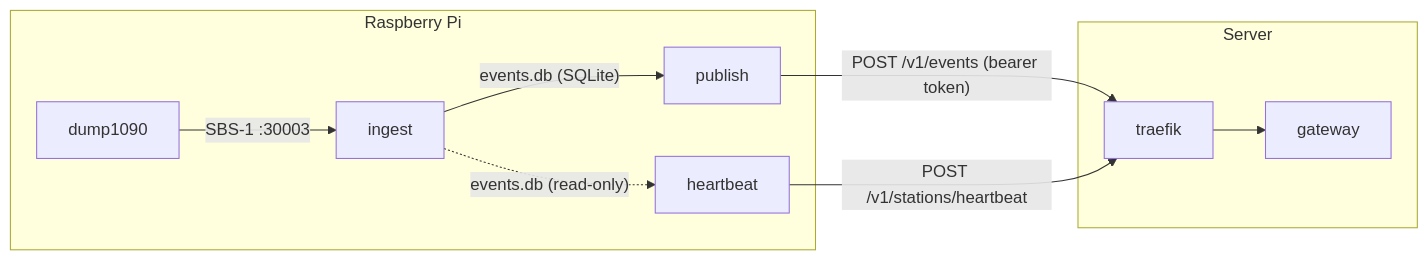
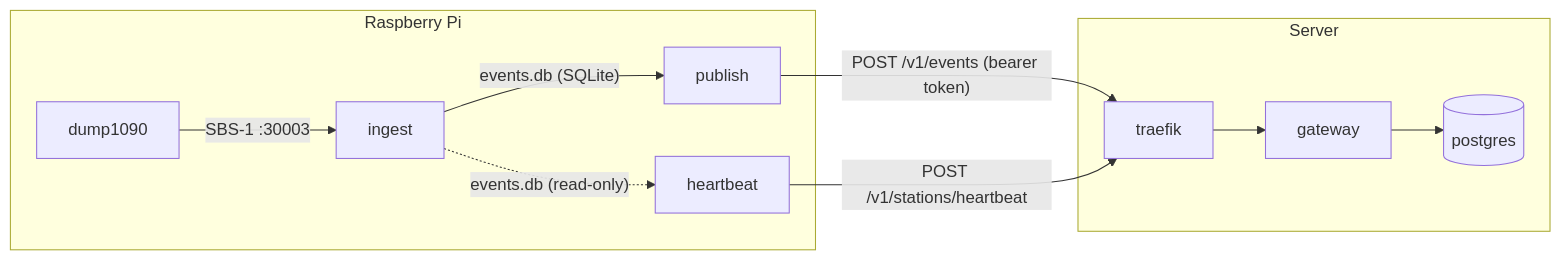
Before and after one commit to matthew-vance/listening-post: the diagram in README.md, drawn with Mermaid. The commit also changed other lines of this file and 6 other files, not shown here.

````diff
--- a/README.md
+++ b/README.md
@@ -7,13 +7,14 @@
 ```mermaid
 flowchart LR
     subgraph pi [Raspberry Pi]
         dump1090 -- "SBS-1 :30003" --> ingest
         ingest -- "events.db (SQLite)" --> publish
         ingest -. "events.db (read-only)" .-> heartbeat
     end
     subgraph server [Server]
         traefik --> gateway
+        gateway --> postgres[(postgres)]
     end
     publish -- "POST /v1/events (bearer token)" --> traefik
     heartbeat -- "POST /v1/stations/heartbeat" --> traefik
 ```
````
